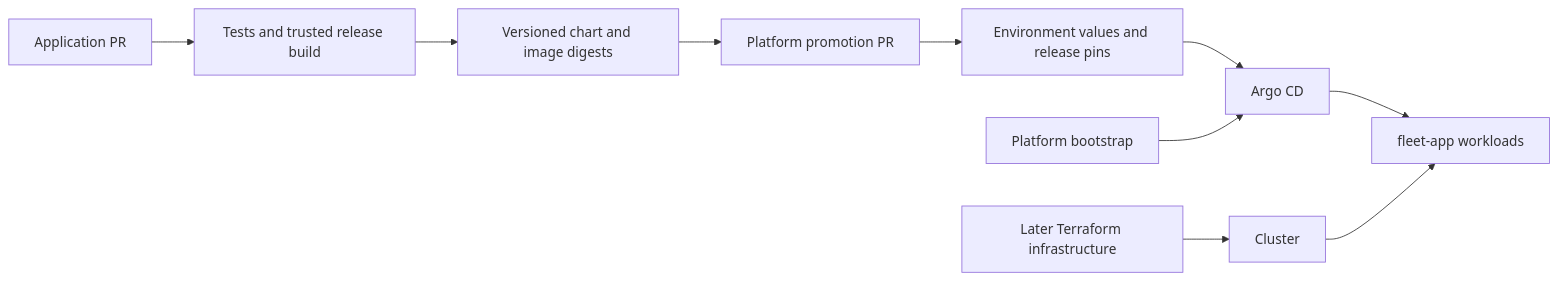
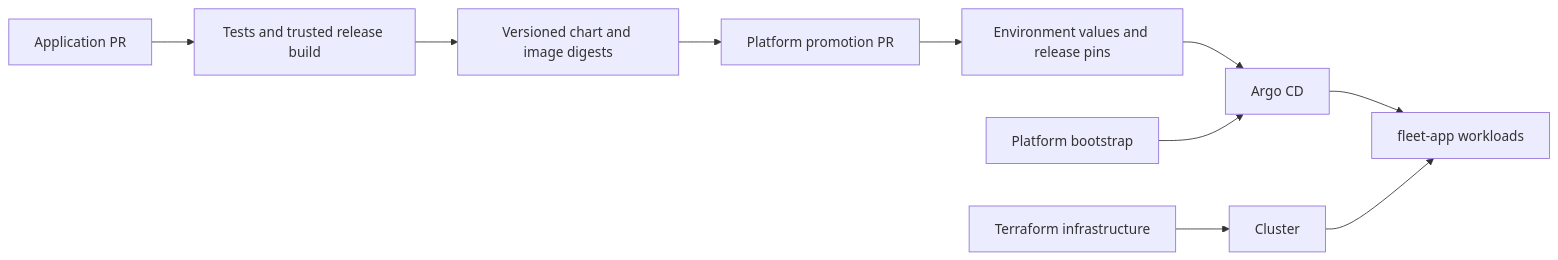
The second of 2 diagrams in docs/architecture.md (ANISHG-26/ottawa-fleet-platform), drawn with Mermaid before and after one commit. The commit also changed other lines of this file and 7 other files, not shown here.

````diff
--- a/docs/architecture.md
+++ b/docs/architecture.md
@@ -55,12 +70,12 @@
 ```mermaid
 flowchart LR
   App[Application PR] --> CI[Tests and trusted release build]
   CI --> Artifacts[Versioned chart and image digests]
   Artifacts --> Promotion[Platform promotion PR]
   Promotion --> Desired[Environment values and release pins]
   Desired --> Argo[Argo CD]
   Argo --> Namespace[fleet-app workloads]
-  Terraform[Later Terraform infrastructure] --> Cluster[Cluster]
+  Terraform[Terraform infrastructure] --> Cluster[Cluster]
   Bootstrap[Platform bootstrap] --> Argo
   Cluster --> Namespace
 ```
````
